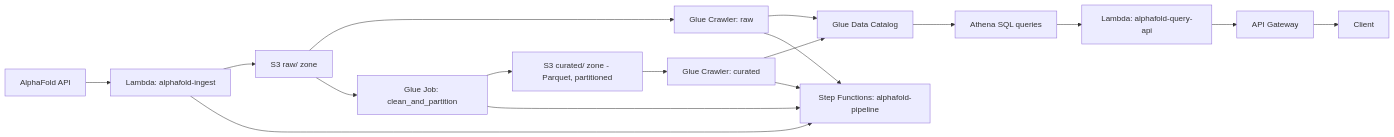
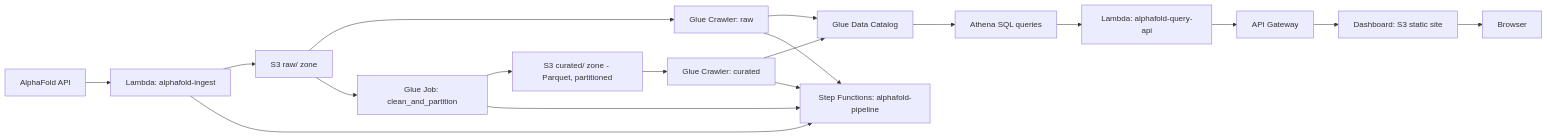
Before and after one commit to bmadwme/alpha-fold-data-pipeline: the diagram in README.md, drawn with Mermaid. The commit also changed other lines of this file and 3 other files, not shown here.

Commit message:
Added a static dashboard for the API

````diff
--- a/README.md
+++ b/README.md
@@ -18,19 +18,20 @@
 ```mermaid
 graph LR
     A[AlphaFold API] --> B[Lambda: alphafold-ingest]
     B --> C[S3 raw/ zone]
     C --> D[Glue Crawler: raw]
     D --> E[Glue Data Catalog]
     C --> F[Glue Job: clean_and_partition]
     F --> G[S3 curated/ zone - Parquet, partitioned]
     G --> H[Glue Crawler: curated]
     H --> E
     E --> I[Athena SQL queries]
     B --> J[Step Functions: alphafold-pipeline]
     D --> J
     F --> J
     H --> J
     I --> K[Lambda: alphafold-query-api]
     K --> L[API Gateway]
-    L --> M[Client]
+    L --> M[Dashboard: S3 static site]
+    M --> N[Browser]
 ```
````
